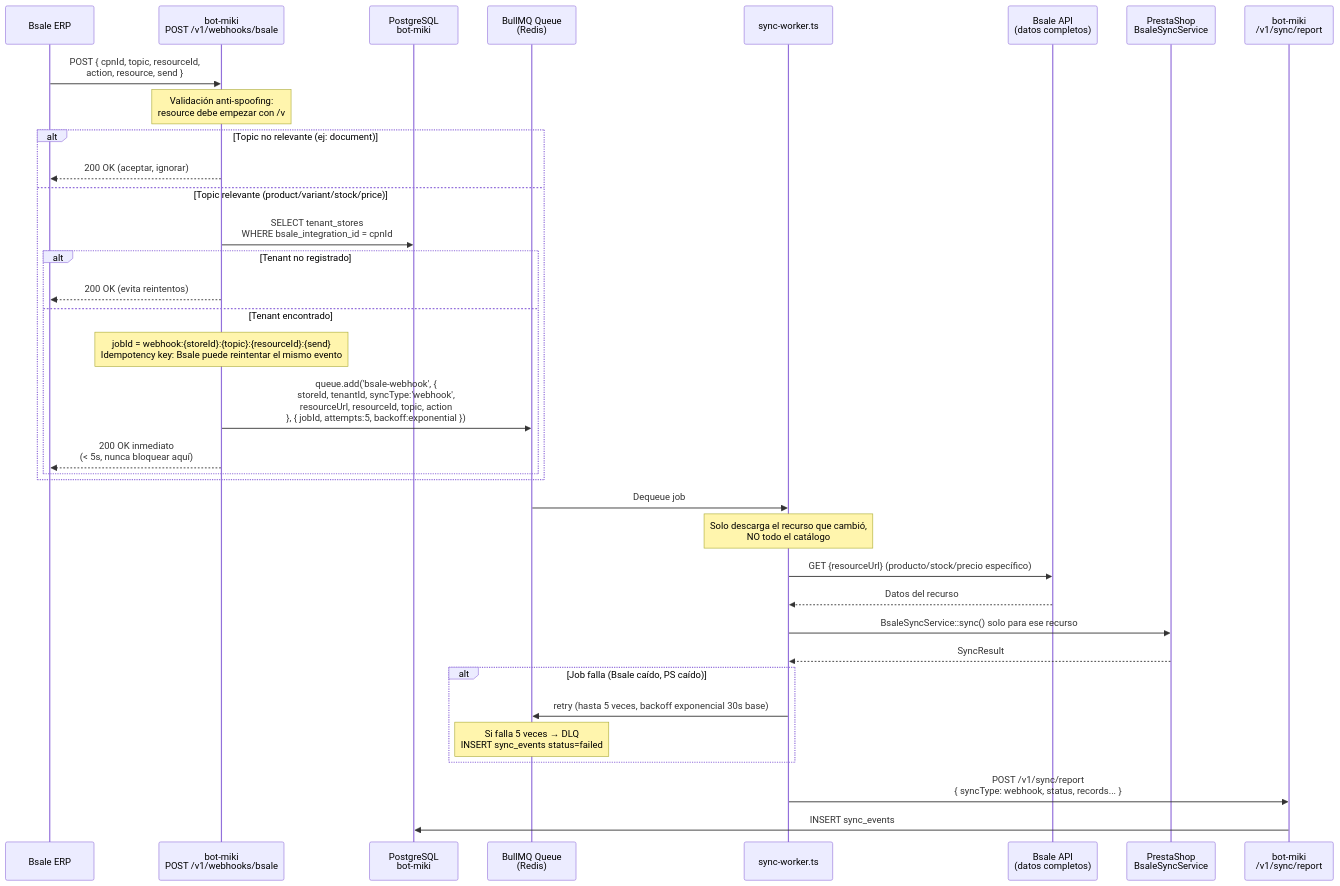
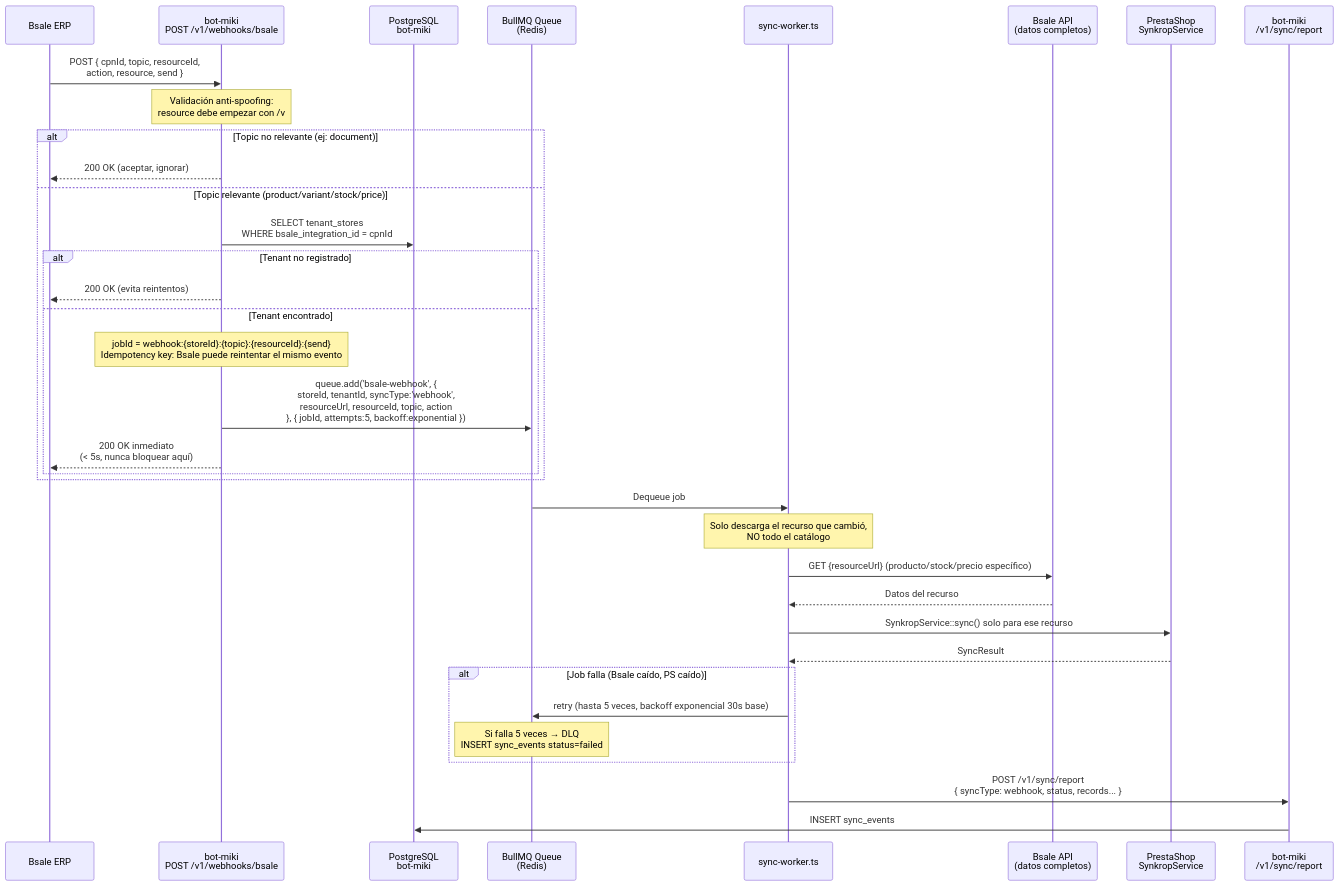
The fourth of 6 diagrams in docs/architecture/flows/prestashop-sync-flows.md (Jpcorp/kpcrop-latam-zollner-platform), drawn with Mermaid before and after one commit. The commit also changed other lines of this file and 36 other files, not shown here.

First line of the commit message:
refactor: renombrar producto de BsaleSync a Synkrop en todo el proyecto

````diff
--- a/docs/architecture/flows/prestashop-sync-flows.md
+++ b/docs/architecture/flows/prestashop-sync-flows.md
@@ -181,46 +181,46 @@
 ```mermaid
 sequenceDiagram
     participant BSALE as Bsale ERP
     participant WH as bot-miki<br/>POST /v1/webhooks/bsale
     participant DB_BM as PostgreSQL<br/>bot-miki
     participant Q as BullMQ Queue<br/>(Redis)
     participant WRK as sync-worker.ts
     participant BSALE2 as Bsale API<br/>(datos completos)
-    participant PS as PrestaShop<br/>BsaleSyncService
+    participant PS as PrestaShop<br/>SynkropService
     participant RPT as bot-miki<br/>/v1/sync/report
 
     BSALE->>WH: POST { cpnId, topic, resourceId,<br/>action, resource, send }
 
     Note over WH: Validación anti-spoofing:<br/>resource debe empezar con /v
 
     alt Topic no relevante (ej: document)
         WH-->>BSALE: 200 OK (aceptar, ignorar)
     else Topic relevante (product/variant/stock/price)
         WH->>DB_BM: SELECT tenant_stores<br/>WHERE bsale_integration_id = cpnId
         alt Tenant no registrado
             WH-->>BSALE: 200 OK (evita reintentos)
         else Tenant encontrado
             Note over WH: jobId = webhook:{storeId}:{topic}:{resourceId}:{send}<br/>Idempotency key: Bsale puede reintentar el mismo evento
             WH->>Q: queue.add('bsale-webhook', {<br/>  storeId, tenantId, syncType:'webhook',<br/>  resourceUrl, resourceId, topic, action<br/>}, { jobId, attempts:5, backoff:exponential })
             WH-->>BSALE: 200 OK inmediato<br/>(< 5s, nunca bloquear aquí)
         end
     end
 
     Q->>WRK: Dequeue job
 
     Note over WRK: Solo descarga el recurso que cambió,<br/>NO todo el catálogo
 
     WRK->>BSALE2: GET {resourceUrl} (producto/stock/precio específico)
     BSALE2-->>WRK: Datos del recurso
 
-    WRK->>PS: BsaleSyncService::sync() solo para ese recurso
+    WRK->>PS: SynkropService::sync() solo para ese recurso
     PS-->>WRK: SyncResult
 
     alt Job falla (Bsale caído, PS caído)
         WRK->>Q: retry (hasta 5 veces, backoff exponencial 30s base)
         Note over Q: Si falla 5 veces → DLQ<br/>INSERT sync_events status=failed
     end
 
     WRK->>RPT: POST /v1/sync/report<br/>{ syncType: webhook, status, records... }
     RPT->>DB_BM: INSERT sync_events
 ```
````
